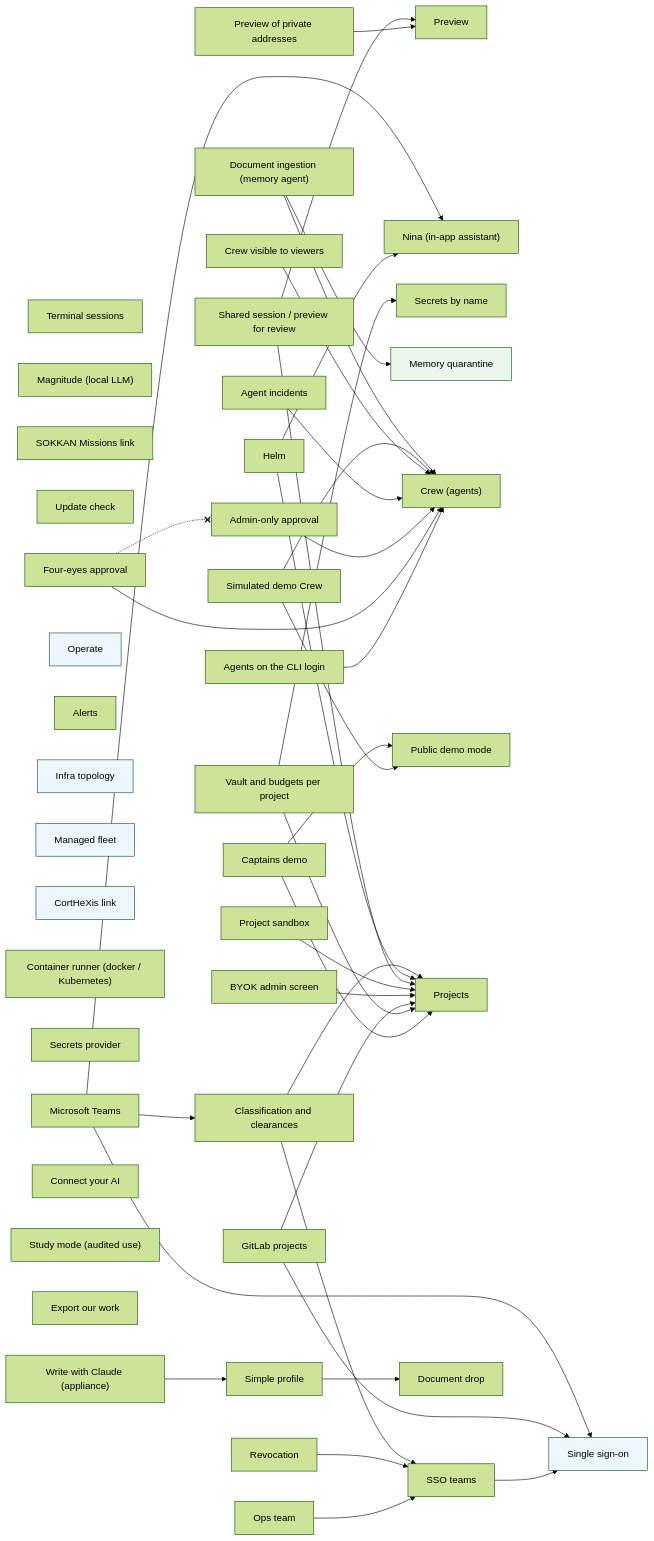
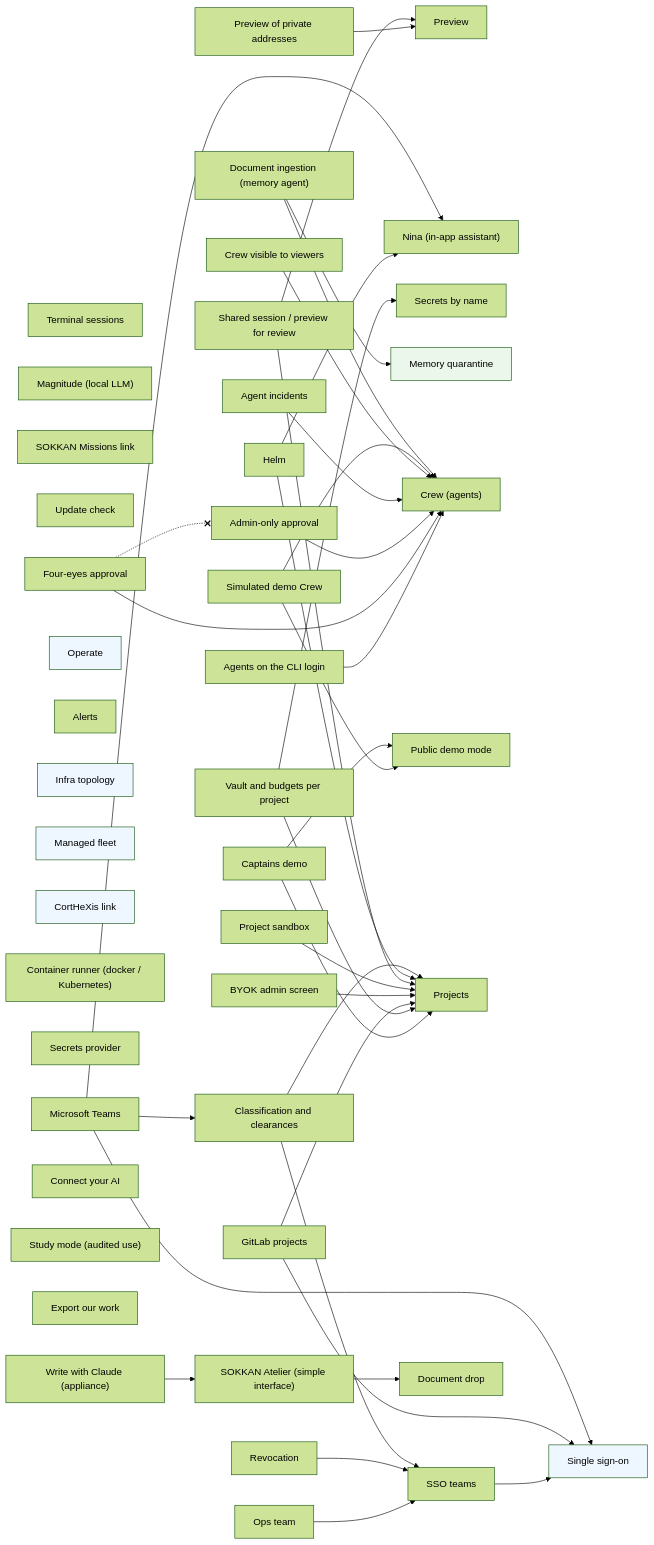
One commit to ninabot-ch/sokkan changed the diagram in docs/enterprise/FEATURES.md. Above: the diagram before and after it, drawn with Mermaid (forest theme). The commit also changed other lines of this file and 2 other files, not shown here.

First line of the commit message:
test: suites follow the 3.6.7 contracts (prefs project, decision on approval_resolved, Atelier guide, one approval per turn); FEATURES.md regenerated

```diff
--- a/docs/enterprise/FEATURES.md
+++ b/docs/enterprise/FEATURES.md
@@ -110,7 +110,7 @@
   connect_ai["Connect your AI"]
   study_mode["Study mode (audited use)"]
   documents["Document drop"]
-  simple_profile["Simple profile"]
+  simple_profile["SOKKAN Atelier (simple interface)"]
   work_export["Export our work"]
   claude_tier["Write with Claude (appliance)"]
   preview_private_targets --> preview
```
